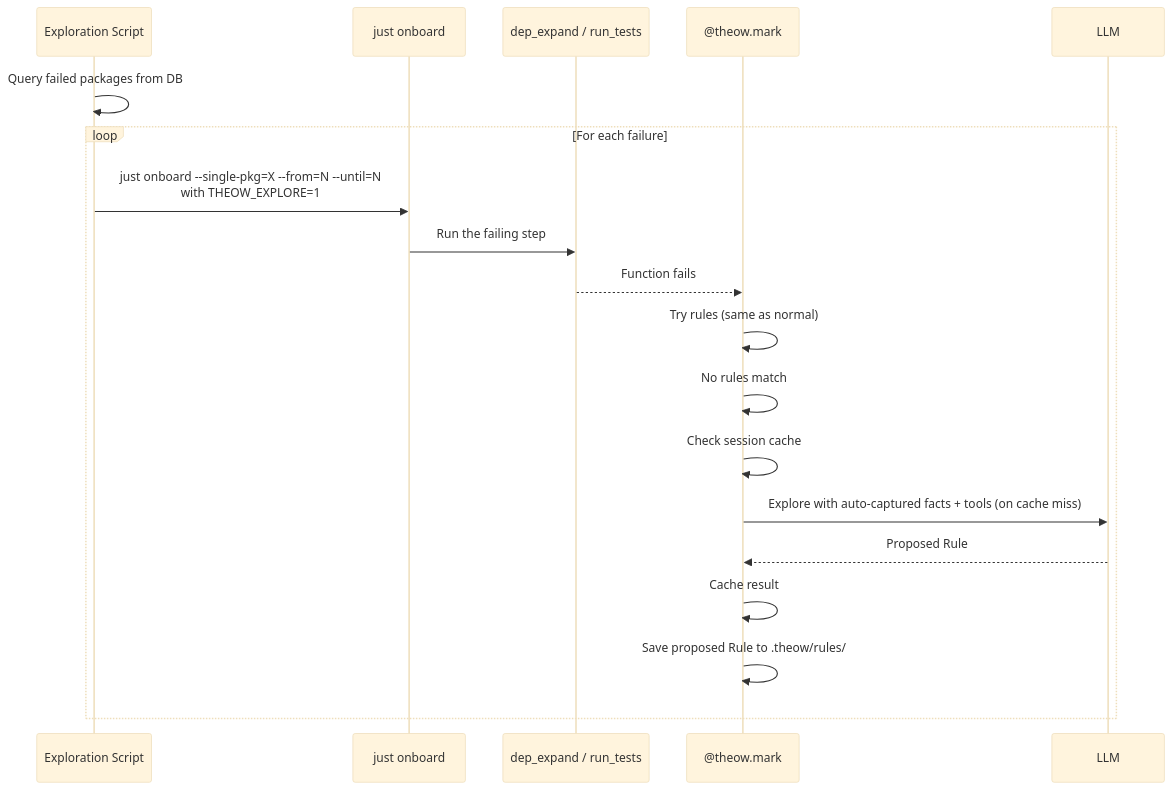
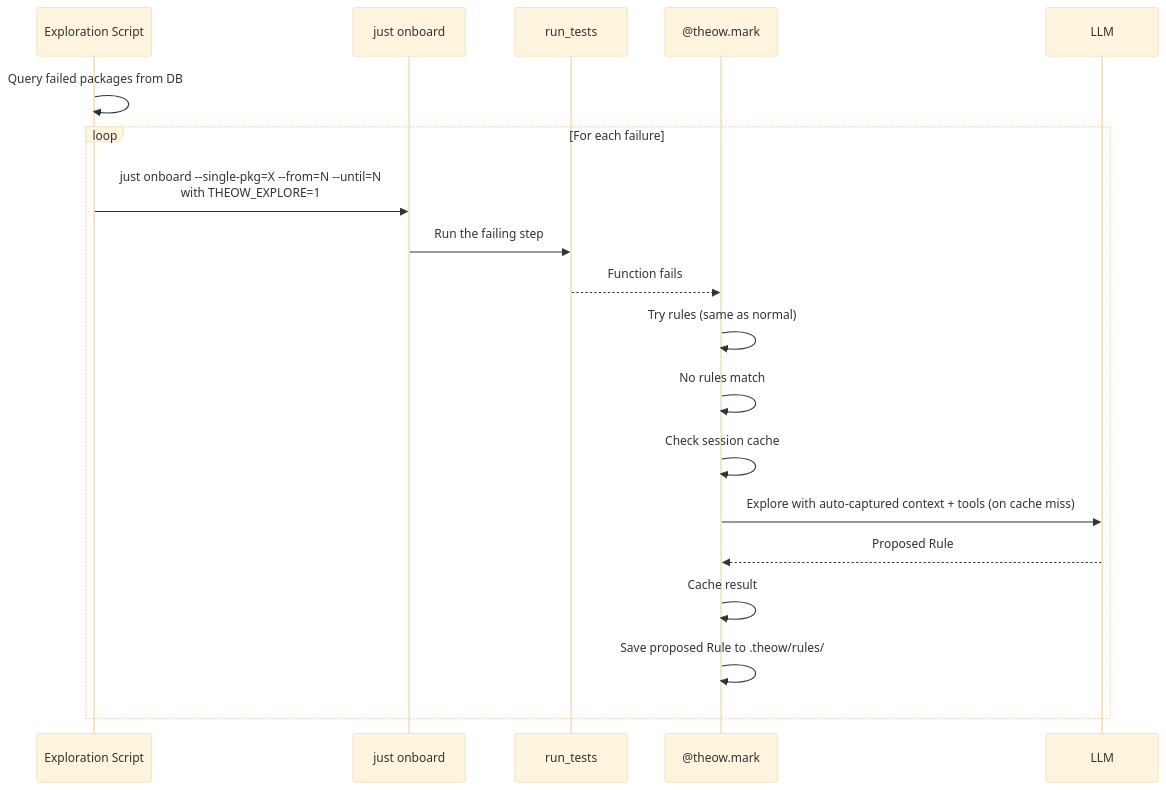
Before and after one commit to adhityaravi/theow: the second of 3 diagrams in spec/sdtools.md, drawn with Mermaid (base theme). The commit also changed other lines of this file and 1 other file, not shown here.

````diff
--- a/spec/sdtools.md
+++ b/spec/sdtools.md
@@ -274,23 +276,23 @@
 ```mermaid
 sequenceDiagram
     participant S as Exploration Script
     participant J as just onboard
-    participant F as dep_expand / run_tests
+    participant F as run_tests
     participant T as @theow.mark
     participant L as LLM
 
     S->>S: Query failed packages from DB
 
     loop For each failure
         S->>J: just onboard --single-pkg=X --from=N --until=N<br>with THEOW_EXPLORE=1
         J->>F: Run the failing step
         F-->>T: Function fails
         T->>T: Try rules (same as normal)
         T->>T: No rules match
         T->>T: Check session cache
-        T->>L: Explore with auto-captured facts + tools (on cache miss)
+        T->>L: Explore with auto-captured context + tools (on cache miss)
         L-->>T: Proposed Rule
         T->>T: Cache result
         T->>T: Save proposed Rule to .theow/rules/
     end
 ```
````
